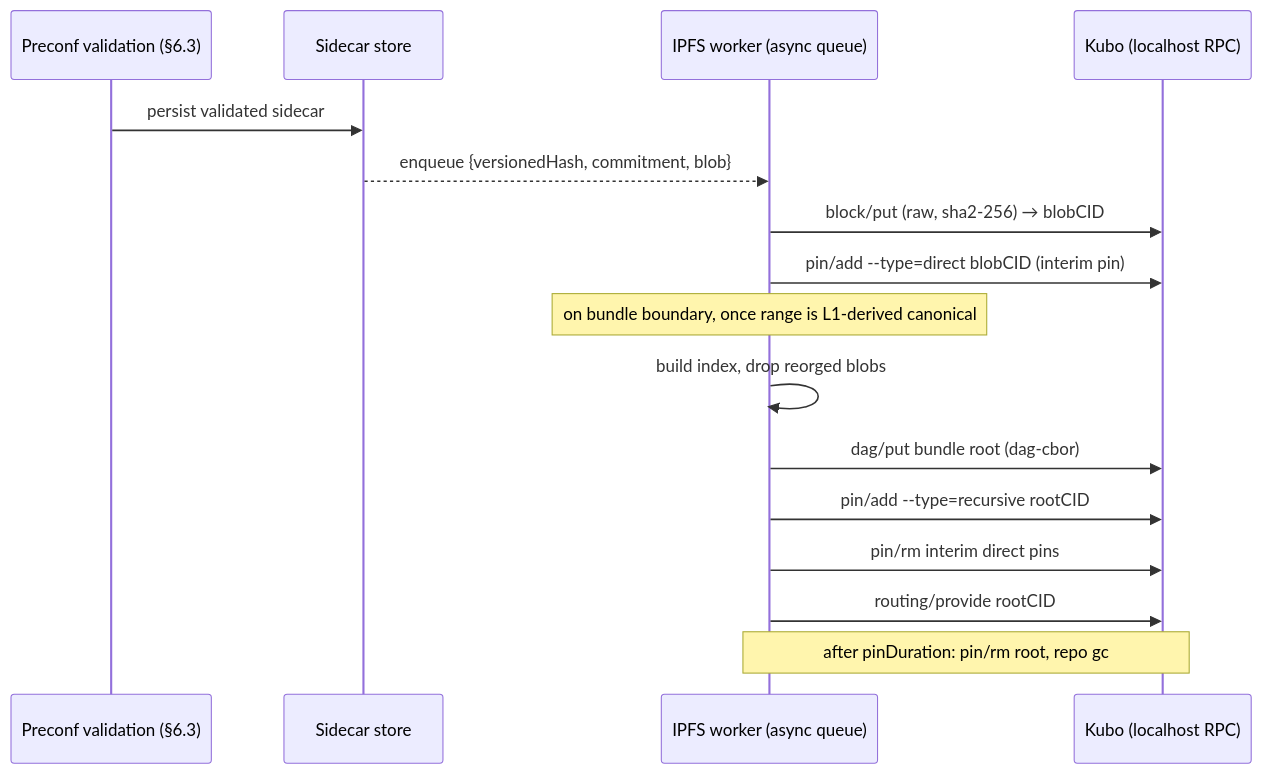
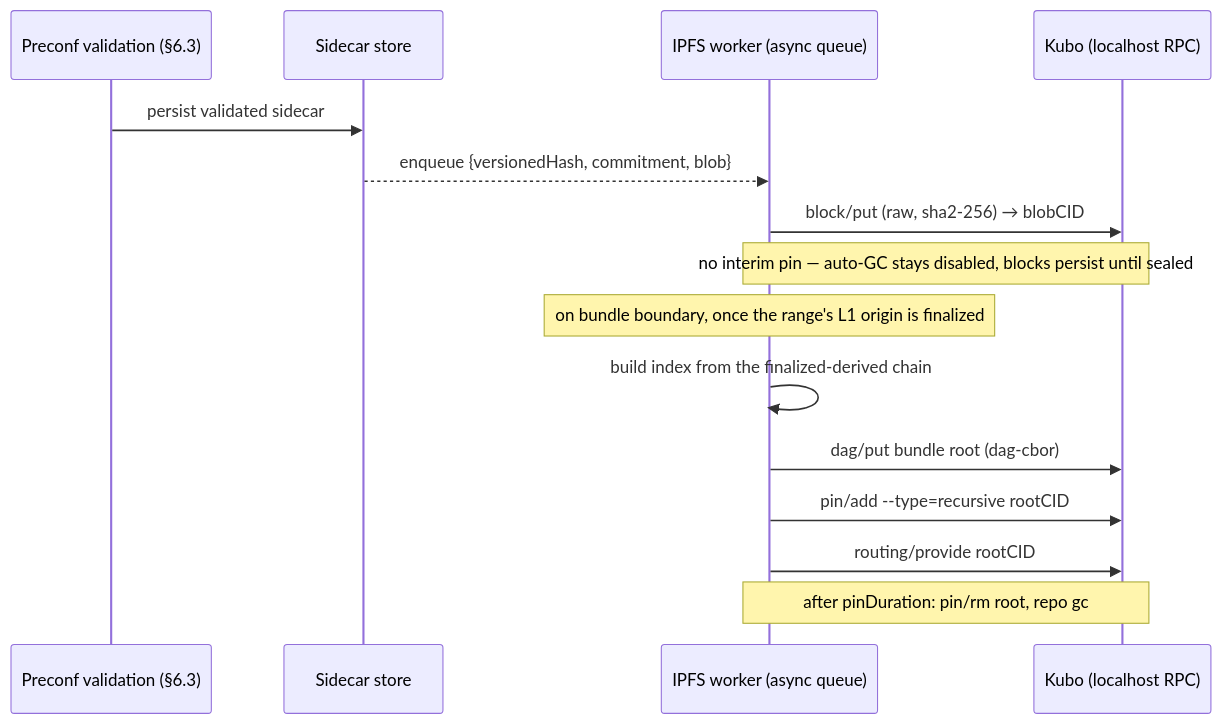
One commit to taikoxyz/taiko-mono changed the second of 2 diagrams in packages/protocol/docs/l2_native_blobs.md. Above: the diagram before and after it, drawn with Mermaid. The commit also changed other lines of this file, not shown here.

First line of the commit message:
docs(protocol): address deepseek review on L2 blobs spec

````diff
--- a/packages/protocol/docs/l2_native_blobs.md
+++ b/packages/protocol/docs/l2_native_blobs.md
@@ -199,19 +200,18 @@
 ```mermaid
 sequenceDiagram
     participant V as Preconf validation (§6.3)
     participant S as Sidecar store
     participant W as IPFS worker (async queue)
     participant K as Kubo (localhost RPC)
 
     V->>S: persist validated sidecar
     S-->>W: enqueue {versionedHash, commitment, blob}
     W->>K: block/put (raw, sha2-256) → blobCID
-    W->>K: pin/add --type=direct blobCID   (interim pin)
-    Note over W: on bundle boundary, once range is L1-derived canonical
-    W->>W: build index, drop reorged blobs
+    Note over W,K: no interim pin — auto-GC stays disabled, blocks persist until sealed
+    Note over W: on bundle boundary, once the range's L1 origin is finalized
+    W->>W: build index from the finalized-derived chain
     W->>K: dag/put bundle root (dag-cbor)
     W->>K: pin/add --type=recursive rootCID
-    W->>K: pin/rm interim direct pins
     W->>K: routing/provide rootCID
     Note over W,K: after pinDuration: pin/rm root, repo gc
 ```
````
